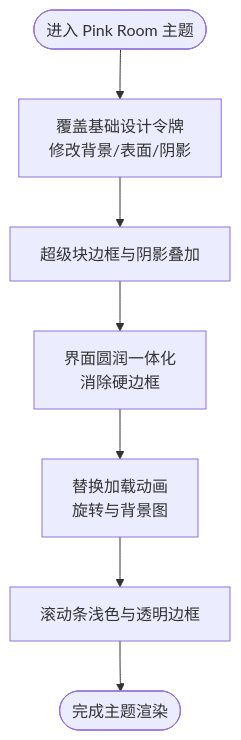
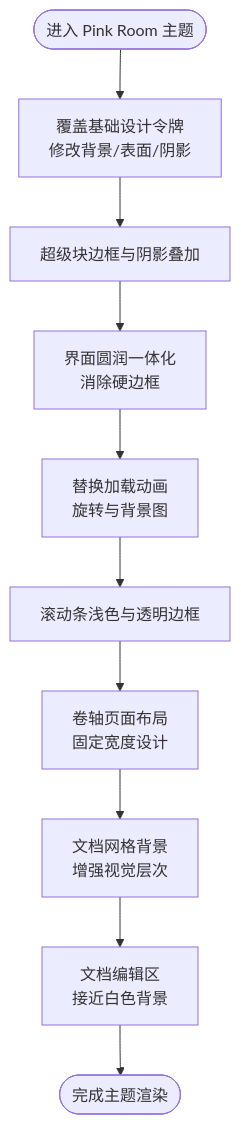
One commit to terwer/siyuan-plugin-blog changed the third of 8 diagrams in .qoder/repowiki/zh/content/核心功能/主题系统/自定义主题开发/主题定制实例.md. Above: the diagram before and after it, drawn with Mermaid. The commit also changed other lines of this file and 407 other files, not shown here.

````diff
--- a/.qoder/repowiki/zh/content/核心功能/主题系统/自定义主题开发/主题定制实例.md
+++ b/.qoder/repowiki/zh/content/核心功能/主题系统/自定义主题开发/主题定制实例.md
@@ -152,9 +202,12 @@
 ```mermaid
 flowchart TD
 Start(["进入 Pink Room 主题"]) --> Root["覆盖基础设计令牌<br/>修改背景/表面/阴影"]
 Root --> Super["超级块边框与阴影叠加"]
 Super --> Round["界面圆润一体化<br/>消除硬边框"]
 Round --> Loading["替换加载动画<br/>旋转与背景图"]
 Loading --> Scroll["滚动条浅色与透明边框"]
-Scroll --> End(["完成主题渲染"])
+Scroll --> ScrollPage["卷轴页面布局<br/>固定宽度设计"]
+ScrollPage --> Grid["文档网格背景<br/>增强视觉层次"]
+Grid --> EditArea["文档编辑区<br/>接近白色背景"]
+EditArea --> End(["完成主题渲染"])
 ```
````
